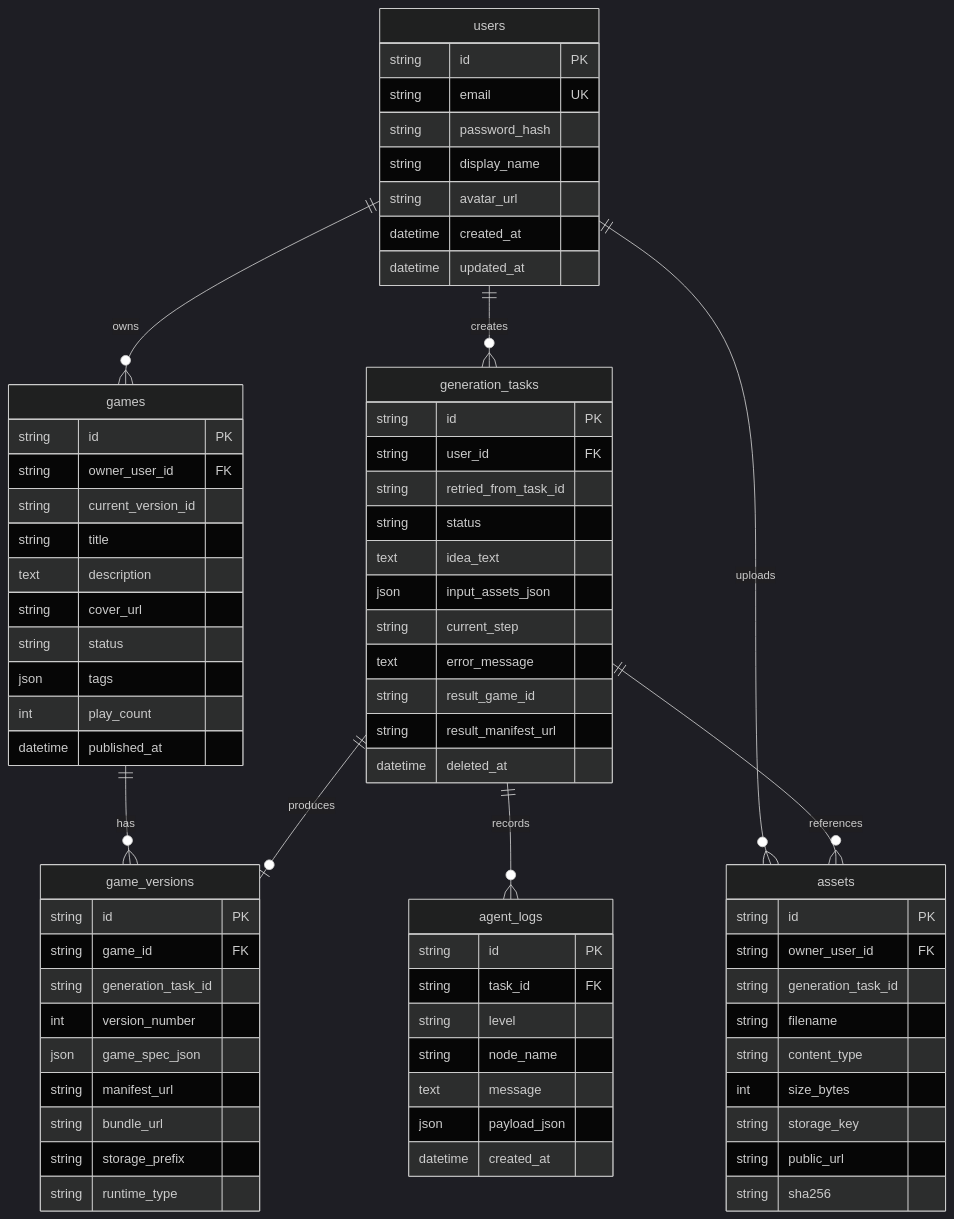
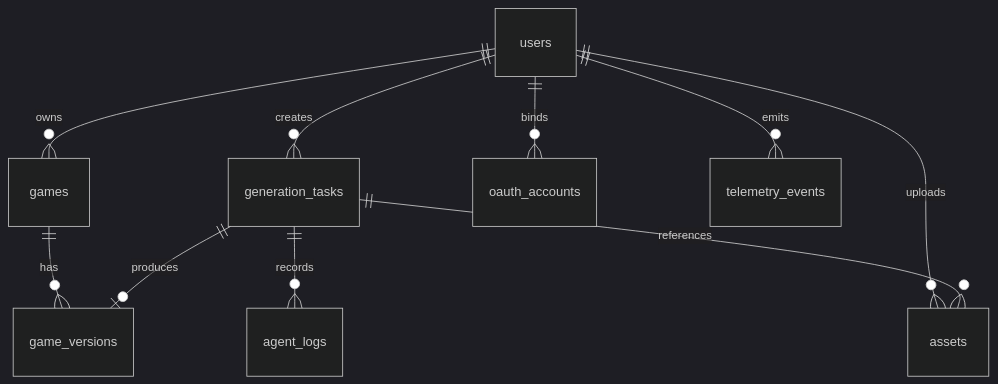
The second of 3 diagrams in docs/architecture.md (zhouyeyyds/game-agent), drawn with Mermaid (dark theme) before and after one commit. The commit also changed other lines of this file and 4 other files, not shown here.

````diff
--- a/docs/architecture.md
+++ b/docs/architecture.md
@@ -25,81 +39,12 @@
 ```mermaid
 erDiagram
     users ||--o{ games : owns
     users ||--o{ generation_tasks : creates
     users ||--o{ assets : uploads
+    users ||--o{ oauth_accounts : binds
+    users ||--o{ telemetry_events : emits
     games ||--o{ game_versions : has
     generation_tasks ||--o{ agent_logs : records
     generation_tasks ||--o| game_versions : produces
     generation_tasks ||--o{ assets : references
-
-    users {
-      string id PK
-      string email UK
-      string password_hash
-      string display_name
-      string avatar_url
-      datetime created_at
-      datetime updated_at
-    }
-
-    games {
-      string id PK
-      string owner_user_id FK
-      string current_version_id
-      string title
-      text description
-      string cover_url
-      string status
-      json tags
-      int play_count
-      datetime published_at
-    }
-
-    game_versions {
-      string id PK
-      string game_id FK
-      string generation_task_id
-      int version_number
-      json game_spec_json
-      string manifest_url
-      string bundle_url
-      string storage_prefix
-      string runtime_type
-    }
-
-    generation_tasks {
-      string id PK
-      string user_id FK
-      string retried_from_task_id
-      string status
-      text idea_text
-      json input_assets_json
-      string current_step
-      text error_message
-      string result_game_id
-      string result_manifest_url
-      datetime deleted_at
-    }
-
-    assets {
-      string id PK
-      string owner_user_id FK
-      string generation_task_id
-      string filename
-      string content_type
-      int size_bytes
-      string storage_key
-      string public_url
-      string sha256
-    }
-
-    agent_logs {
-      string id PK
-      string task_id FK
-      string level
-      string node_name
-      text message
-      json payload_json
-      datetime created_at
-    }
 ```
````
